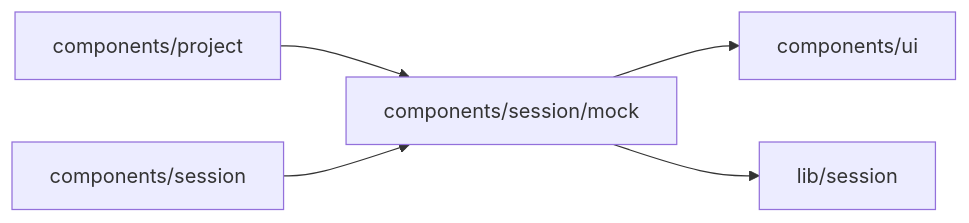
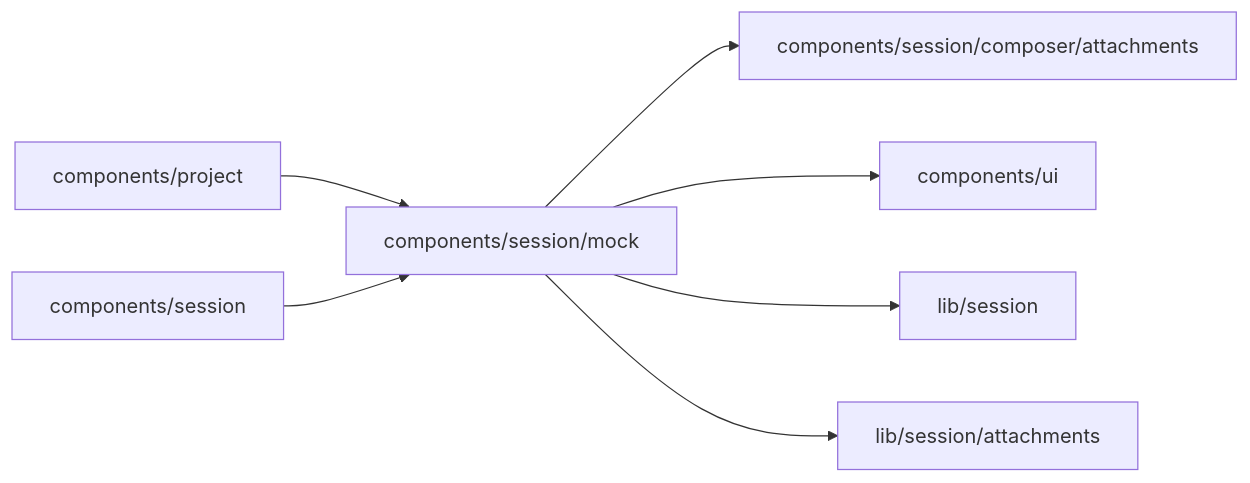
The diagram in web/studio/components/session/mock/README.md (superdurable/superverse), drawn with Mermaid before and after one commit. The commit also changed other lines of this file and 259 other files, not shown here.

````diff
--- a/web/studio/components/session/mock/README.md
+++ b/web/studio/components/session/mock/README.md
@@ -10,8 +10,10 @@
 ```mermaid
 flowchart LR
   self["components/session/mock"]
   c0["components/project"] --> self
   c1["components/session"] --> self
-  self --> d0["components/ui"]
-  self --> d1["lib/session"]
+  self --> d0["components/session/composer/attachments"]
+  self --> d1["components/ui"]
+  self --> d2["lib/session"]
+  self --> d3["lib/session/attachments"]
 ```
````
